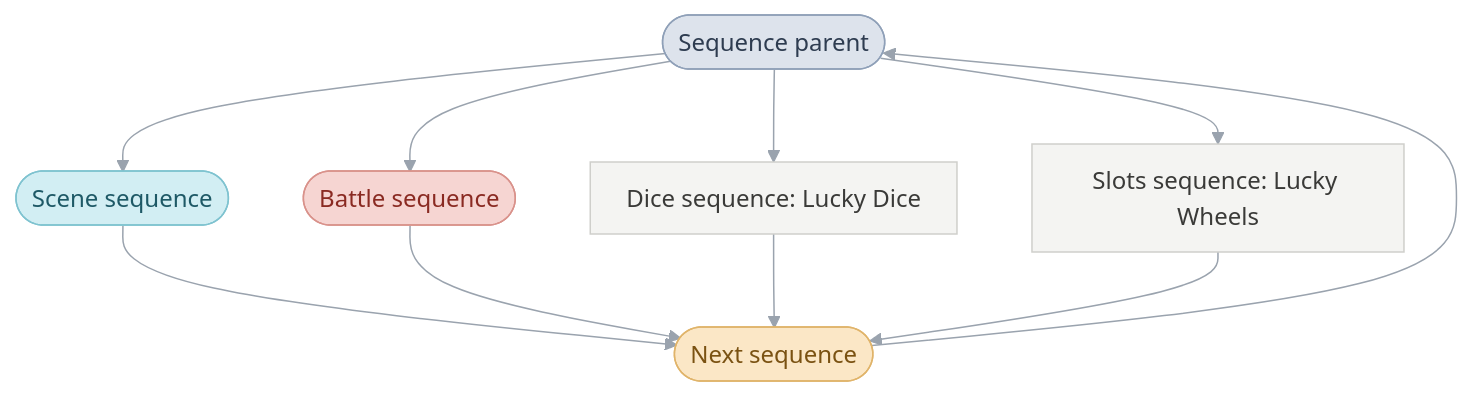
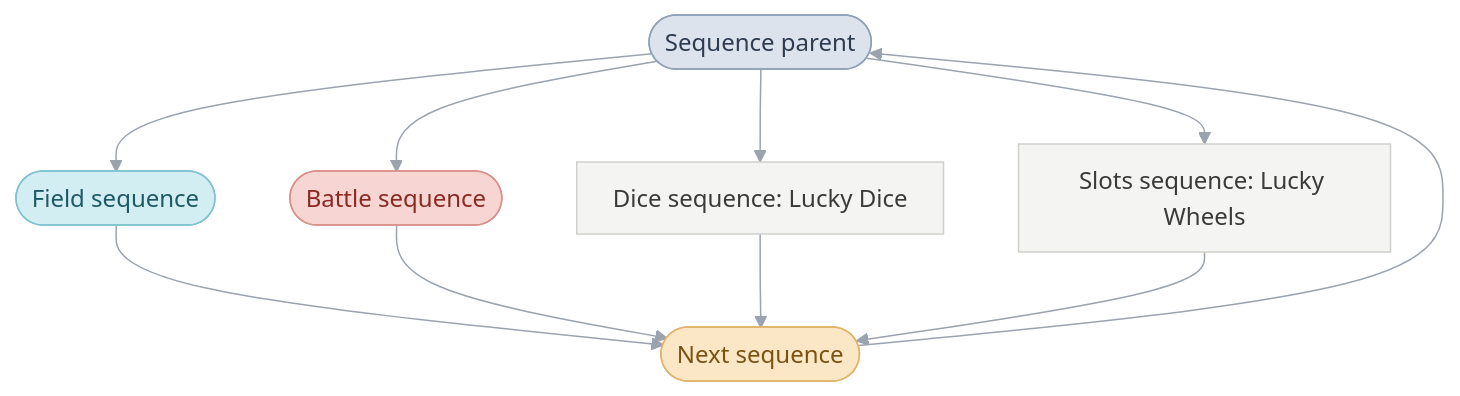
The third of 9 diagrams in games/tbs/README.md (PascalPixel/alchemy), drawn with Mermaid before and after one commit. The commit also changed other lines of this file and 72 other files, not shown here.

First line of the commit message:
FieldSequence_Run: the field sequence, from the credits' Field division

````diff
--- a/games/tbs/README.md
+++ b/games/tbs/README.md
@@ -112,18 +112,18 @@
 ```mermaid
 %%{init: {"theme": "base", "themeVariables": {"lineColor": "#9AA3AE", "edgeLabelBackground": "#FFFFFF"}, "flowchart": {"curve": "basis", "padding": 12}}}%%
 flowchart TD
-  loop(["Sequence parent"]) --> scene(["Scene sequence"]) & battle(["Battle sequence"]) & dice["Dice sequence: Lucky Dice"] & wheels["Slots sequence: Lucky Wheels"]
+  loop(["Sequence parent"]) --> scene(["Field sequence"]) & battle(["Battle sequence"]) & dice["Dice sequence: Lucky Dice"] & wheels["Slots sequence: Lucky Wheels"]
   scene & battle & dice & wheels --> back(["Next sequence"])
   back --> loop
   classDef sequenceParent fill:#DDE3EC,stroke:#8FA0B8,color:#2E3C50
-  classDef sceneSequence fill:#D2EEF3,stroke:#7FC3D0,color:#1E5966
+  classDef fieldSequence fill:#D2EEF3,stroke:#7FC3D0,color:#1E5966
   classDef battle fill:#F6D5D2,stroke:#D9928B,color:#8A2A22
   classDef sceneLoop fill:#D3EBD9,stroke:#8DC49E,color:#25603A
   classDef request fill:#FBE7C6,stroke:#E0B46A,color:#7A5212
   classDef step fill:#F4F4F2,stroke:#CFCFCB,color:#3A3A38
   class loop sequenceParent
-  class scene sceneSequence
+  class scene fieldSequence
   class back request
   class battle battle
   class dice,wheels step
 ```
````
